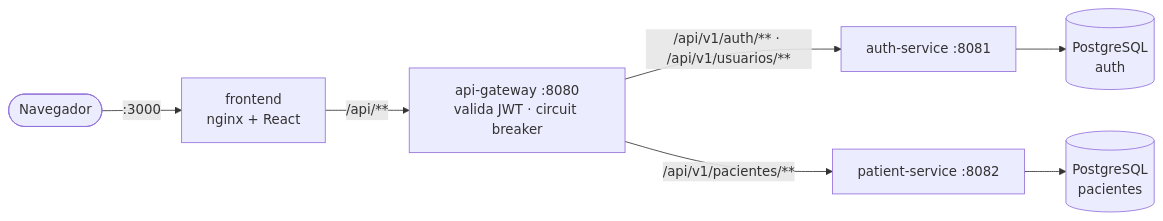
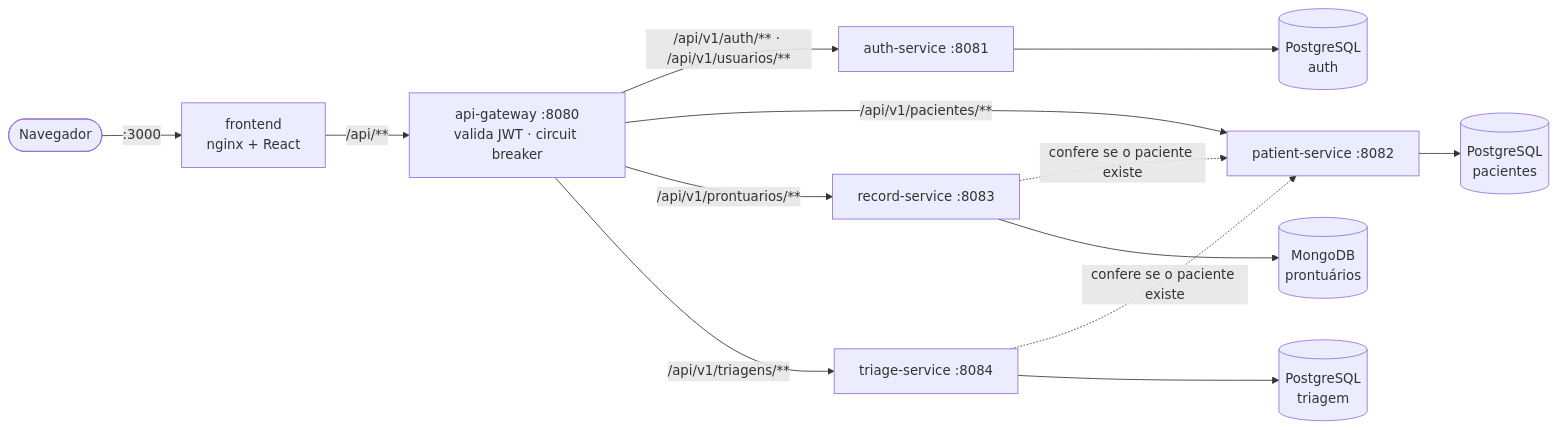
Before and after one commit to fdans104/healthsys-distribuido: the diagram in README.md, drawn with Mermaid. The commit also changed other lines of this file and 130 other files, not shown here.

````diff
--- a/README.md
+++ b/README.md
@@ -32,9 +32,15 @@
 ```mermaid
 flowchart LR
     Browser([Navegador]) -->|":3000"| Nginx[frontend<br/>nginx + React]
     Nginx -->|"/api/**"| GW[api-gateway :8080<br/>valida JWT · circuit breaker]
     GW -->|"/api/v1/auth/** · /api/v1/usuarios/**"| Auth[auth-service :8081]
     GW -->|"/api/v1/pacientes/**"| Pat[patient-service :8082]
+    GW -->|"/api/v1/prontuarios/**"| Rec[record-service :8083]
+    GW -->|"/api/v1/triagens/**"| Tri[triage-service :8084]
+    Rec -.->|"confere se o paciente existe"| Pat
+    Tri -.->|"confere se o paciente existe"| Pat
     Auth --> PGA[(PostgreSQL<br/>auth)]
     Pat --> PGP[(PostgreSQL<br/>pacientes)]
+    Rec --> MG[(MongoDB<br/>prontuários)]
+    Tri --> PGT[(PostgreSQL<br/>triagem)]
 ```
````
